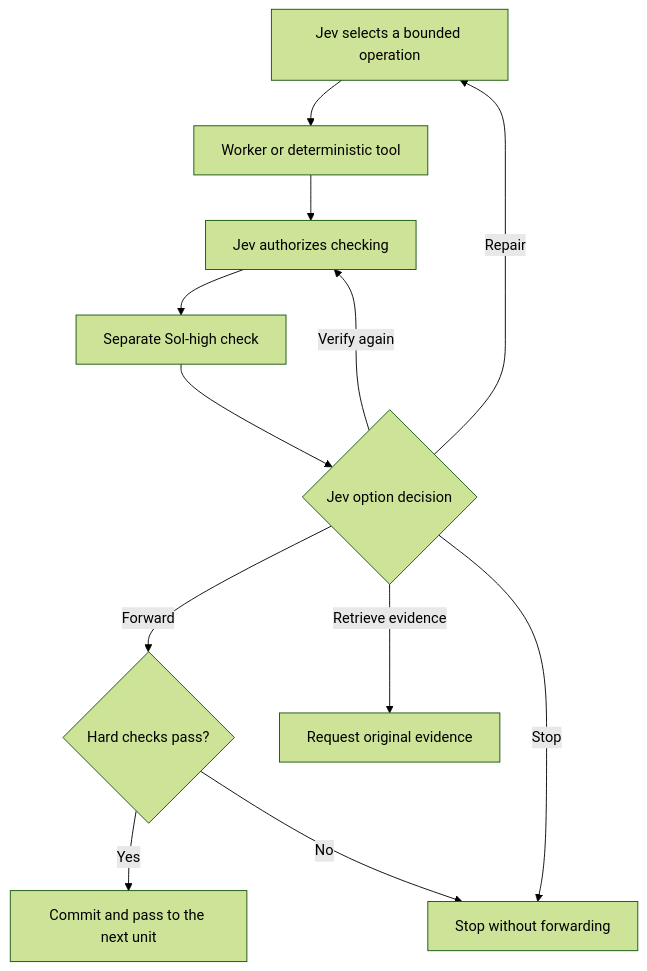
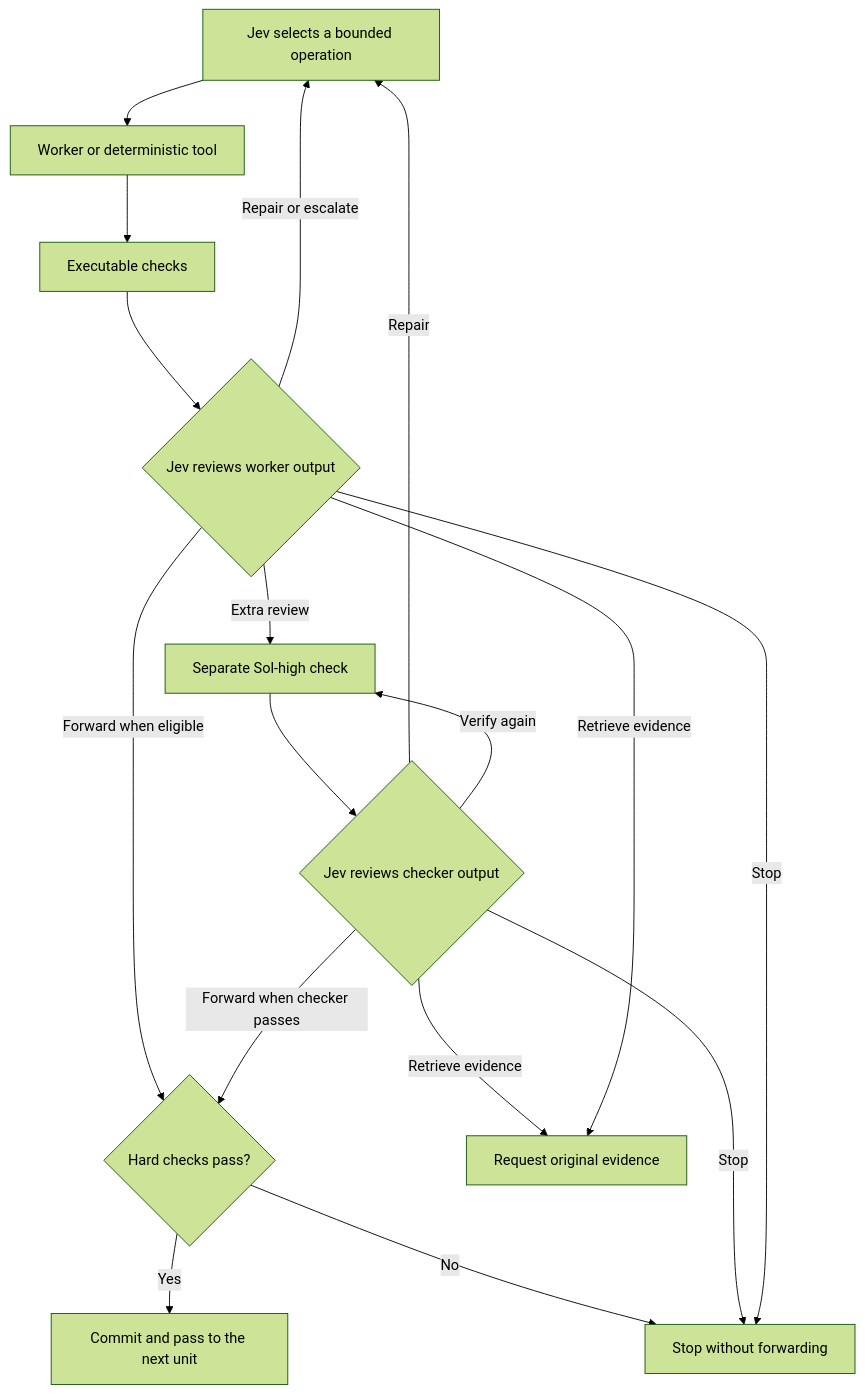
The third of 3 diagrams in README.md (kentilaok/Jev-Orchestrated-Decision-Mesh), drawn with Mermaid (forest theme) before and after one commit. The commit also changed other lines of this file and 131 other files, not shown here.

First line of the commit message:
Add Jev fast exit and optional Sol review to CIDM

````diff
--- a/README.md
+++ b/README.md
@@ -31,14 +45,19 @@
 ```mermaid
 flowchart TD
     J1[Jev selects a bounded operation] --> W[Worker or deterministic tool]
-    W --> J2[Jev authorizes checking]
-    J2 --> S[Separate Sol-high check]
-    S --> J3{Jev option decision}
-    J3 -->|Forward| H{Hard checks pass?}
+    W --> V[Executable checks]
+    V --> J2{Jev reviews worker output}
+    J2 -->|Forward when eligible| H{Hard checks pass?}
+    J2 -->|Extra review| S[Separate Sol-high check]
+    S --> J3{Jev reviews checker output}
+    J3 -->|Forward when checker passes| H
     H -->|Yes| N[Commit and pass to the next unit]
     H -->|No| X[Stop without forwarding]
     J3 -->|Repair| J1
-    J3 -->|Verify again| J2
+    J3 -->|Verify again| S
     J3 -->|Retrieve evidence| R[Request original evidence]
     J3 -->|Stop| X
+    J2 -->|Repair or escalate| J1
+    J2 -->|Retrieve evidence| R
+    J2 -->|Stop| X
 ```
````
